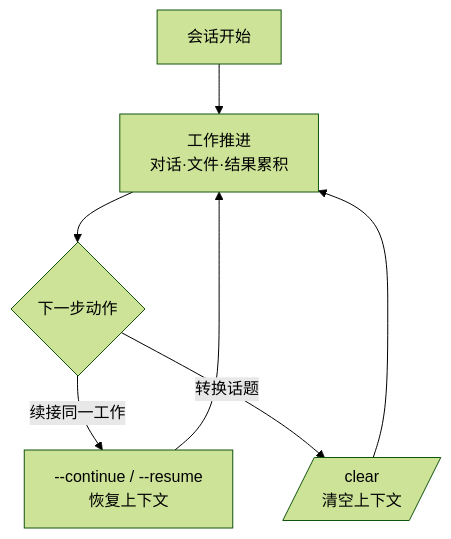
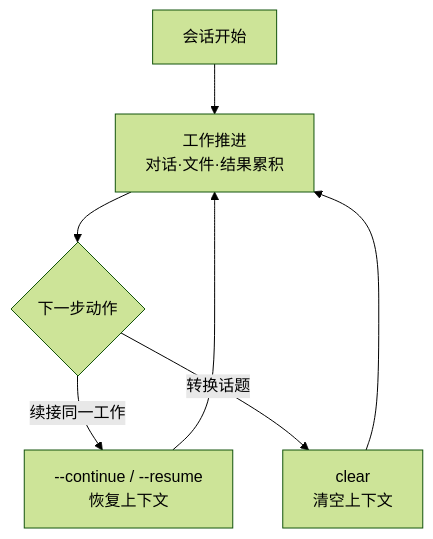
Before and after one commit to modu-ai/moai-adk: the diagram in docs-site/content/zh/claude-code/context-memory/sessions.md, drawn with Mermaid (forest theme). The commit also changed 86 other files, not shown here.

First line of the commit message:
docs(ossdocs): v3.1.1 doc-gap landing — 13-page x4-locale + mermaid fixes + version sync + backend-mix

````diff
--- a/docs-site/content/zh/claude-code/context-memory/sessions.md
+++ b/docs-site/content/zh/claude-code/context-memory/sessions.md
@@ -37,9 +37,9 @@
 ```mermaid
 flowchart TD
     A[会话开始] --> B[工作推进<br/>对话·文件·结果累积]
     B --> C{下一步动作}
     C -->|续接同一工作| D[--continue / --resume<br/>恢复上下文]
-    C -->|转换话题| E[/clear<br/>清空上下文/]
+    C -->|转换话题| E["clear<br/>清空上下文"]
     D --> B
     E --> B
 ```
````
